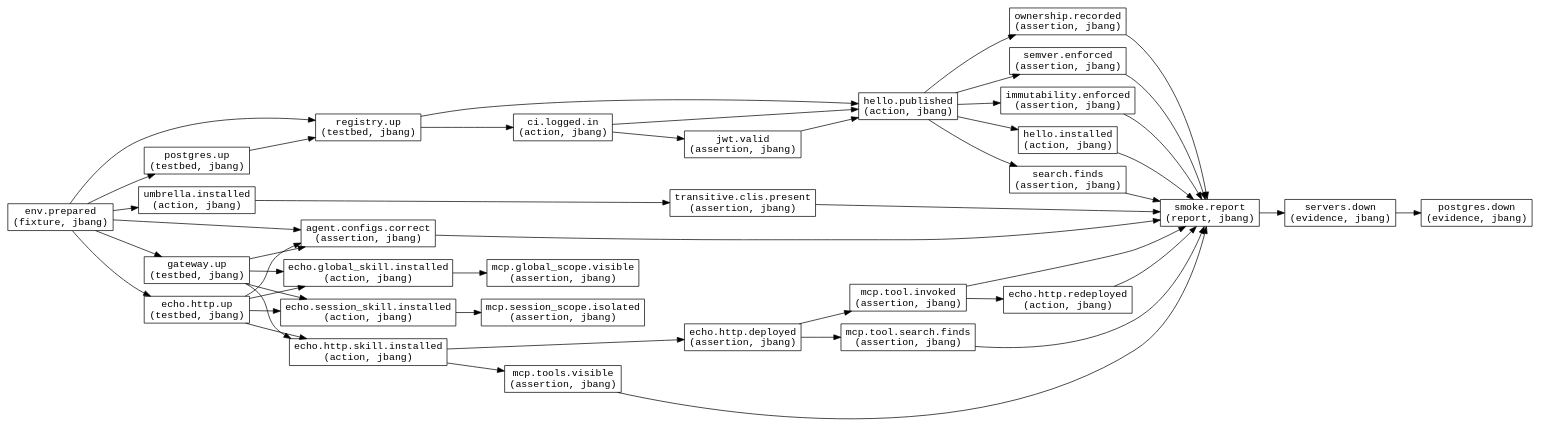
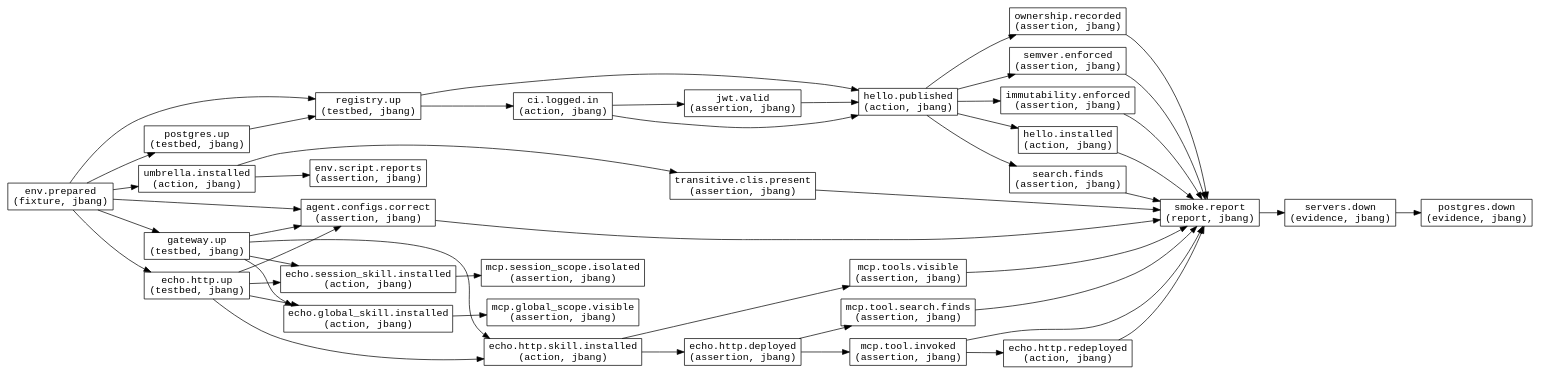
One commit to haydenrear/skill-manager changed the diagram in test_graph/docs/smoke.dot. Above: the diagram before and after it, drawn with Graphviz. The commit also changed 6 other files, not shown here.

```diff
--- a/test_graph/docs/smoke.dot
+++ b/test_graph/docs/smoke.dot
@@ -1,79 +1,81 @@
 digraph "smoke" {
   rankdir=LR;
   node [shape=box,fontname="Courier"];
   "env.prepared" [label="env.prepared\n(fixture, jbang)"];
   "postgres.up" [label="postgres.up\n(testbed, jbang)"];
   "registry.up" [label="registry.up\n(testbed, jbang)"];
   "ci.logged.in" [label="ci.logged.in\n(action, jbang)"];
   "jwt.valid" [label="jwt.valid\n(assertion, jbang)"];
   "gateway.up" [label="gateway.up\n(testbed, jbang)"];
   "echo.http.up" [label="echo.http.up\n(testbed, jbang)"];
   "hello.published" [label="hello.published\n(action, jbang)"];
   "hello.installed" [label="hello.installed\n(action, jbang)"];
   "search.finds" [label="search.finds\n(assertion, jbang)"];
   "ownership.recorded" [label="ownership.recorded\n(assertion, jbang)"];
   "semver.enforced" [label="semver.enforced\n(assertion, jbang)"];
   "immutability.enforced" [label="immutability.enforced\n(assertion, jbang)"];
   "umbrella.installed" [label="umbrella.installed\n(action, jbang)"];
   "transitive.clis.present" [label="transitive.clis.present\n(assertion, jbang)"];
+  "env.script.reports" [label="env.script.reports\n(assertion, jbang)"];
   "echo.http.skill.installed" [label="echo.http.skill.installed\n(action, jbang)"];
   "echo.http.deployed" [label="echo.http.deployed\n(assertion, jbang)"];
   "mcp.tools.visible" [label="mcp.tools.visible\n(assertion, jbang)"];
   "mcp.tool.search.finds" [label="mcp.tool.search.finds\n(assertion, jbang)"];
   "mcp.tool.invoked" [label="mcp.tool.invoked\n(assertion, jbang)"];
   "echo.http.redeployed" [label="echo.http.redeployed\n(action, jbang)"];
   "echo.session_skill.installed" [label="echo.session_skill.installed\n(action, jbang)"];
   "mcp.session_scope.isolated" [label="mcp.session_scope.isolated\n(assertion, jbang)"];
   "echo.global_skill.installed" [label="echo.global_skill.installed\n(action, jbang)"];
   "mcp.global_scope.visible" [label="mcp.global_scope.visible\n(assertion, jbang)"];
   "agent.configs.correct" [label="agent.configs.correct\n(assertion, jbang)"];
   "smoke.report" [label="smoke.report\n(report, jbang)"];
   "servers.down" [label="servers.down\n(evidence, jbang)"];
   "postgres.down" [label="postgres.down\n(evidence, jbang)"];
   "env.prepared" -> "postgres.up";
   "env.prepared" -> "registry.up";
   "postgres.up" -> "registry.up";
   "registry.up" -> "ci.logged.in";
   "ci.logged.in" -> "jwt.valid";
   "env.prepared" -> "gateway.up";
   "env.prepared" -> "echo.http.up";
   "registry.up" -> "hello.published";
   "ci.logged.in" -> "hello.published";
   "jwt.valid" -> "hello.published";
   "hello.published" -> "hello.installed";
   "hello.published" -> "search.finds";
   "hello.published" -> "ownership.recorded";
   "hello.published" -> "semver.enforced";
   "hello.published" -> "immutability.enforced";
   "env.prepared" -> "umbrella.installed";
   "umbrella.installed" -> "transitive.clis.present";
+  "umbrella.installed" -> "env.script.reports";
   "gateway.up" -> "echo.http.skill.installed";
   "echo.http.up" -> "echo.http.skill.installed";
   "echo.http.skill.installed" -> "echo.http.deployed";
   "echo.http.skill.installed" -> "mcp.tools.visible";
   "echo.http.deployed" -> "mcp.tool.search.finds";
   "echo.http.deployed" -> "mcp.tool.invoked";
   "mcp.tool.invoked" -> "echo.http.redeployed";
   "gateway.up" -> "echo.session_skill.installed";
   "echo.http.up" -> "echo.session_skill.installed";
   "echo.session_skill.installed" -> "mcp.session_scope.isolated";
   "gateway.up" -> "echo.global_skill.installed";
   "echo.http.up" -> "echo.global_skill.installed";
   "echo.global_skill.installed" -> "mcp.global_scope.visible";
   "env.prepared" -> "agent.configs.correct";
   "gateway.up" -> "agent.configs.correct";
   "echo.http.up" -> "agent.configs.correct";
   "transitive.clis.present" -> "smoke.report";
   "mcp.tool.search.finds" -> "smoke.report";
   "mcp.tool.invoked" -> "smoke.report";
   "echo.http.redeployed" -> "smoke.report";
   "agent.configs.correct" -> "smoke.report";
   "search.finds" -> "smoke.report";
   "mcp.tools.visible" -> "smoke.report";
   "hello.installed" -> "smoke.report";
   "ownership.recorded" -> "smoke.report";
   "semver.enforced" -> "smoke.report";
   "immutability.enforced" -> "smoke.report";
   "smoke.report" -> "servers.down";
   "servers.down" -> "postgres.down";
 }
```
